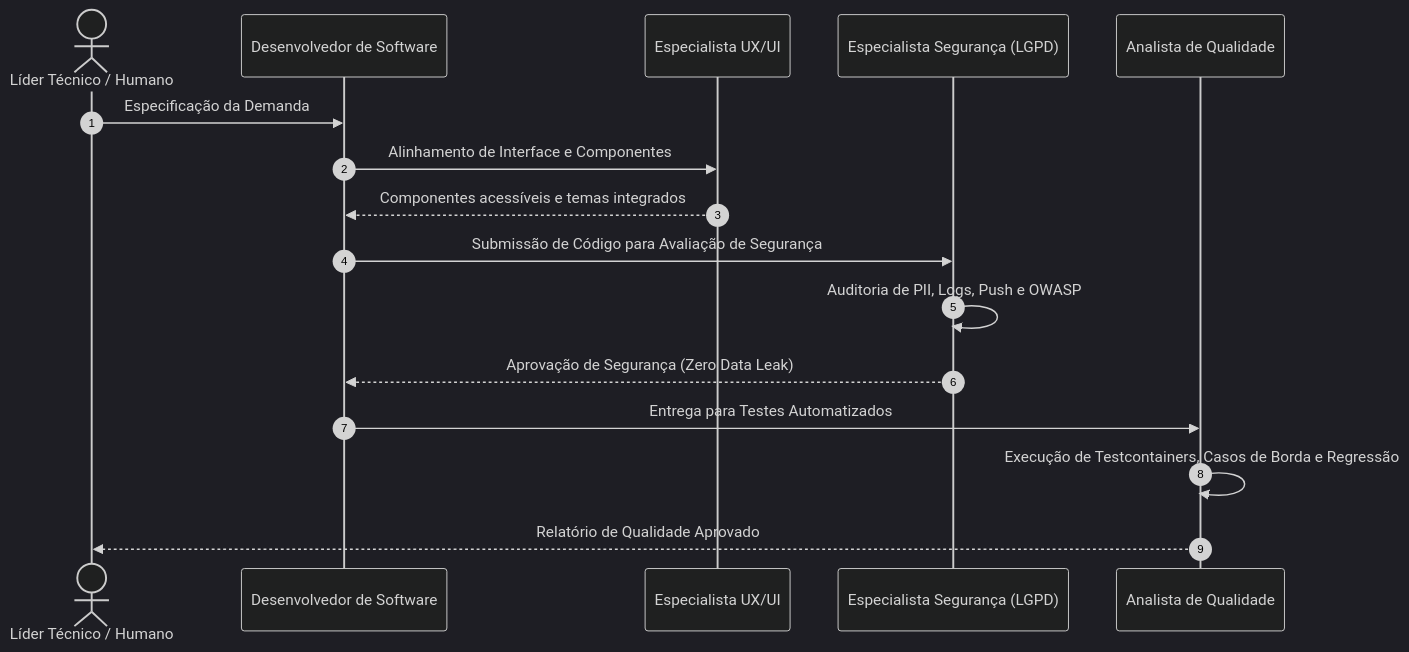
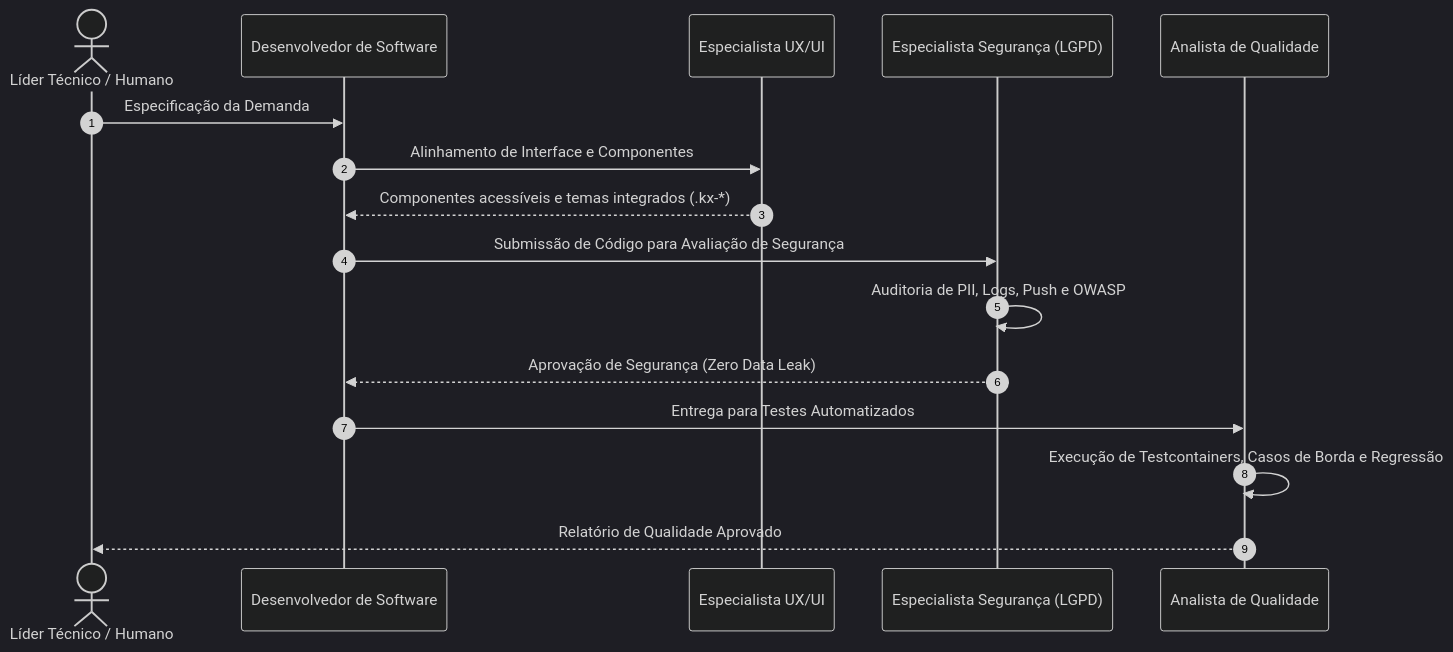
Before and after one commit to Gerabol/konnix-chat: the diagram in AGENTS.md, drawn with Mermaid (dark theme). The commit also changed other lines of this file and 6 other files, not shown here.

Commit message:
docs: update AI agent guidelines, architecture, and system documentation

````diff
--- a/AGENTS.md
+++ b/AGENTS.md
@@ -24,19 +73,19 @@
 ```mermaid
 sequenceDiagram
     autonumber
     actor TL as Líder Técnico / Humano
     participant Dev as Desenvolvedor de Software
     participant UX as Especialista UX/UI
     participant Sec as Especialista Segurança (LGPD)
     participant QA as Analista de Qualidade
 
     TL->>Dev: Especificação da Demanda
     Dev->>UX: Alinhamento de Interface e Componentes
-    UX-->>Dev: Componentes acessíveis e temas integrados
+    UX-->>Dev: Componentes acessíveis e temas integrados (.kx-*)
     Dev->>Sec: Submissão de Código para Avaliação de Segurança
     Sec->>Sec: Auditoria de PII, Logs, Push e OWASP
     Sec-->>Dev: Aprovação de Segurança (Zero Data Leak)
     Dev->>QA: Entrega para Testes Automatizados
     QA->>QA: Execução de Testcontainers, Casos de Borda e Regressão
     QA-->>TL: Relatório de Qualidade Aprovado
 ```
````
